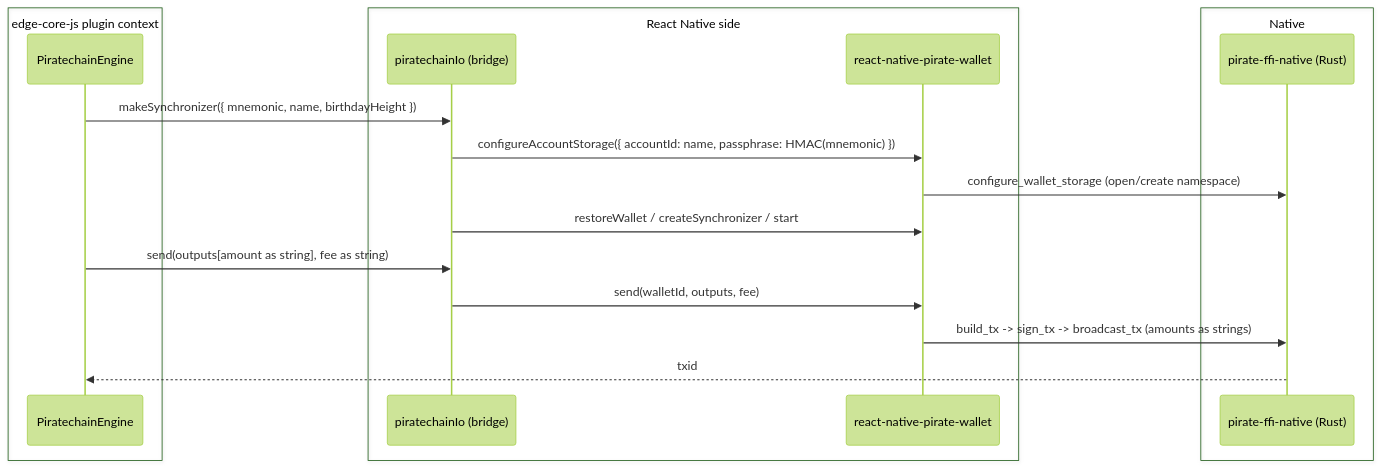
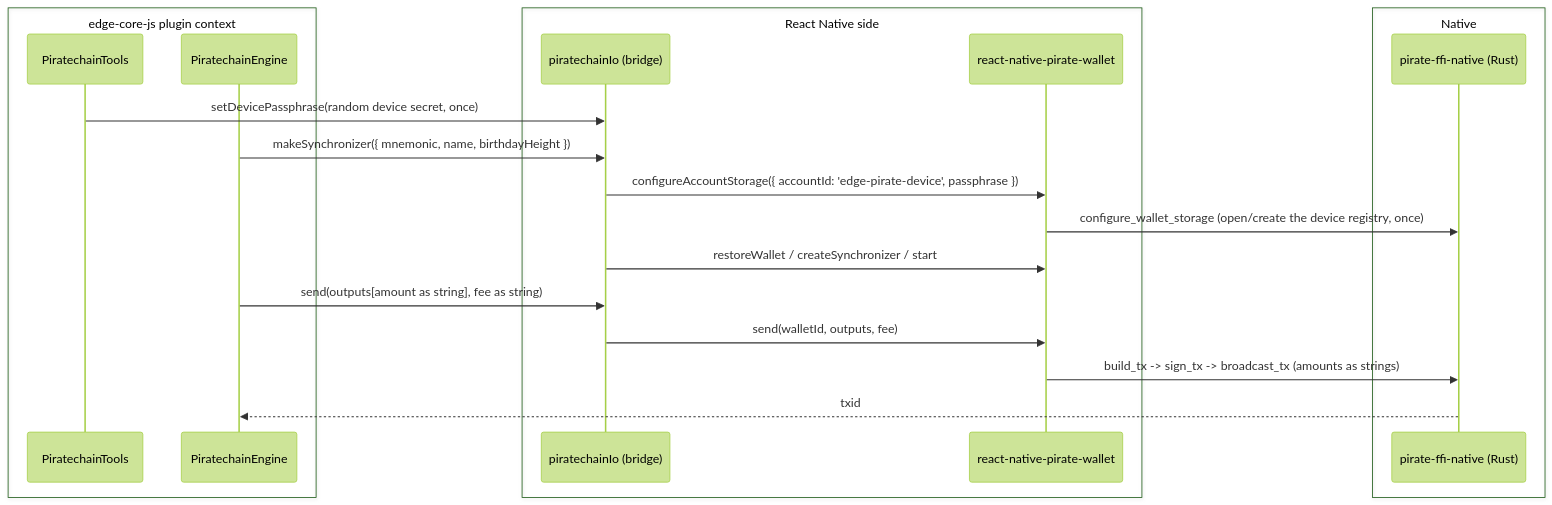
One commit to EdgeApp/edge-currency-accountbased changed the diagram in src/docs/piratechain-sdk-v115-reconcile.md. Above: the diagram before and after it, drawn with Mermaid (forest theme). The commit also changed other lines of this file, not shown here.

First line of the commit message:
Update the Piratechain design doc for the device-scoped registry

````diff
--- a/src/docs/piratechain-sdk-v115-reconcile.md
+++ b/src/docs/piratechain-sdk-v115-reconcile.md
@@ -61,21 +63,23 @@
 ```mermaid
 sequenceDiagram
   box edge-core-js plugin context
+    participant Tools as PiratechainTools
     participant Engine as PiratechainEngine
   end
   box React Native side
     participant Bridge as piratechainIo (bridge)
     participant SDK as react-native-pirate-wallet
   end
   box Native
     participant Rust as pirate-ffi-native (Rust)
   end
+  Tools->>Bridge: setDevicePassphrase(random device secret, once)
   Engine->>Bridge: makeSynchronizer({ mnemonic, name, birthdayHeight })
-  Bridge->>SDK: configureAccountStorage({ accountId: name, passphrase: HMAC(mnemonic) })
-  SDK->>Rust: configure_wallet_storage (open/create namespace)
+  Bridge->>SDK: configureAccountStorage({ accountId: 'edge-pirate-device', passphrase })
+  SDK->>Rust: configure_wallet_storage (open/create the device registry, once)
   Bridge->>SDK: restoreWallet / createSynchronizer / start
   Engine->>Bridge: send(outputs[amount as string], fee as string)
   Bridge->>SDK: send(walletId, outputs, fee)
   SDK->>Rust: build_tx -> sign_tx -> broadcast_tx (amounts as strings)
   Rust-->>Engine: txid
 ```
````
